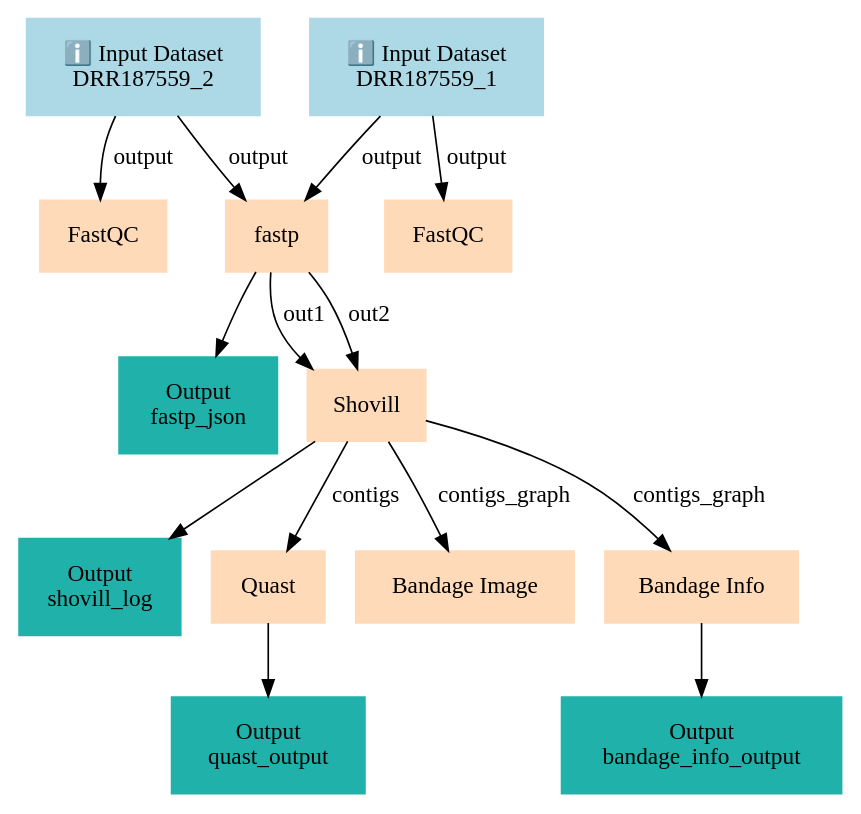
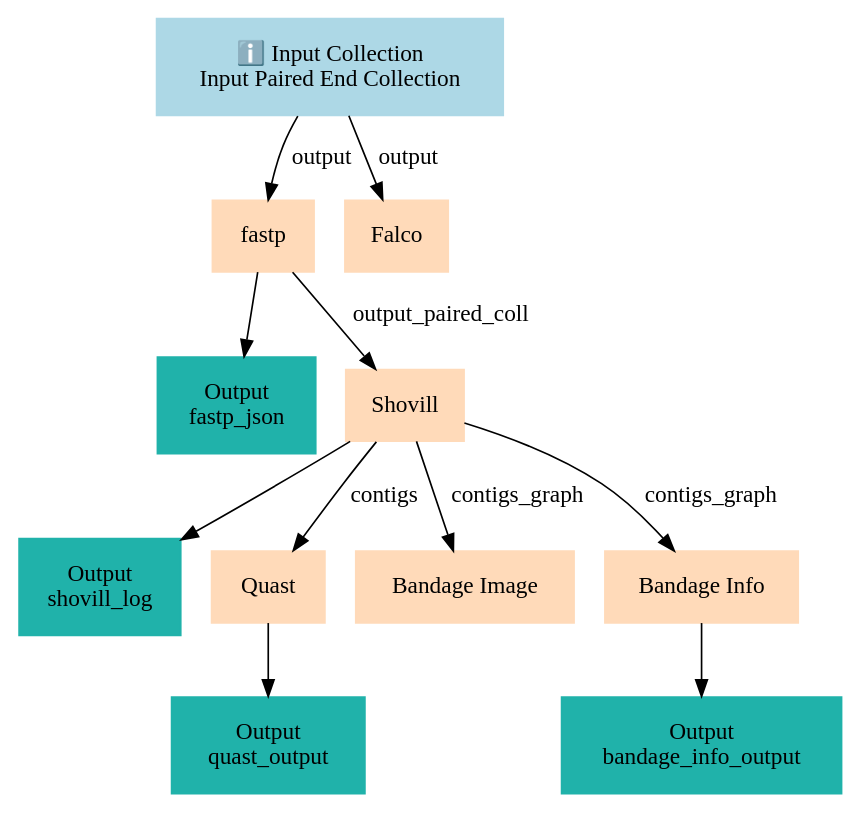
Before and after one commit to galaxyproject/training-material: the diagram in api/workflows/assembly/mrsa-illumina/main-workflow/graph.dot, drawn with Graphviz. The commit also changed 11068 other files, not shown here.

```diff
--- a/api/workflows/assembly/mrsa-illumina/main-workflow/graph.dot
+++ b/api/workflows/assembly/mrsa-illumina/main-workflow/graph.dot
@@ -1,30 +1,25 @@
 digraph main {
   node [fontname="Atkinson Hyperlegible", shape=box, color=white,style=filled,color=peachpuff,margin="0.2,0.2"];
   edge [fontname="Atkinson Hyperlegible"];
-  0[color=lightblue,label="ℹ️ Input Dataset\nDRR187559_2"]
-  1[color=lightblue,label="ℹ️ Input Dataset\nDRR187559_1"]
-  2[label="FastQC"]
+  0[color=lightblue,label="ℹ️ Input Collection\nInput Paired End Collection"]
+  1[label="fastp"]
+  0 -> 1 [label="output"]
+  k33eb25c09f2f4cbf8646db053deec7a4[color=lightseagreen,label="Output\nfastp_json"]
+  1 -> k33eb25c09f2f4cbf8646db053deec7a4
+  2[label="Falco"]
   0 -> 2 [label="output"]
-  3[label="fastp"]
-  1 -> 3 [label="output"]
-  0 -> 3 [label="output"]
-  kcf725812208944e9b8f08f2c710a44f7[color=lightseagreen,label="Output\nfastp_json"]
-  3 -> kcf725812208944e9b8f08f2c710a44f7
-  4[label="FastQC"]
-  1 -> 4 [label="output"]
-  5[label="Shovill"]
-  3 -> 5 [label="out1"]
-  3 -> 5 [label="out2"]
-  k888da6e37f0140b8a03dbaf45ba0b788[color=lightseagreen,label="Output\nshovill_log"]
-  5 -> k888da6e37f0140b8a03dbaf45ba0b788
-  6[label="Quast"]
-  5 -> 6 [label="contigs"]
-  k6d9987478012414ca04ffc0904373e4b[color=lightseagreen,label="Output\nquast_output"]
-  6 -> k6d9987478012414ca04ffc0904373e4b
-  7[label="Bandage Image"]
-  5 -> 7 [label="contigs_graph"]
-  8[label="Bandage Info"]
-  5 -> 8 [label="contigs_graph"]
-  k9989a28928d64338af5b75eb7704459b[color=lightseagreen,label="Output\nbandage_info_output"]
-  8 -> k9989a28928d64338af5b75eb7704459b
+  3[label="Shovill"]
+  1 -> 3 [label="output_paired_coll"]
+  k225015a77ccc4d68a8680e826069dfca[color=lightseagreen,label="Output\nshovill_log"]
+  3 -> k225015a77ccc4d68a8680e826069dfca
+  4[label="Quast"]
+  3 -> 4 [label="contigs"]
+  k2c7b1b247ac548429d14be65e433e787[color=lightseagreen,label="Output\nquast_output"]
+  4 -> k2c7b1b247ac548429d14be65e433e787
+  5[label="Bandage Image"]
+  3 -> 5 [label="contigs_graph"]
+  6[label="Bandage Info"]
+  3 -> 6 [label="contigs_graph"]
+  k99656c96011a4ce0bb5b8ee1e4541eb1[color=lightseagreen,label="Output\nbandage_info_output"]
+  6 -> k99656c96011a4ce0bb5b8ee1e4541eb1
 }
```
